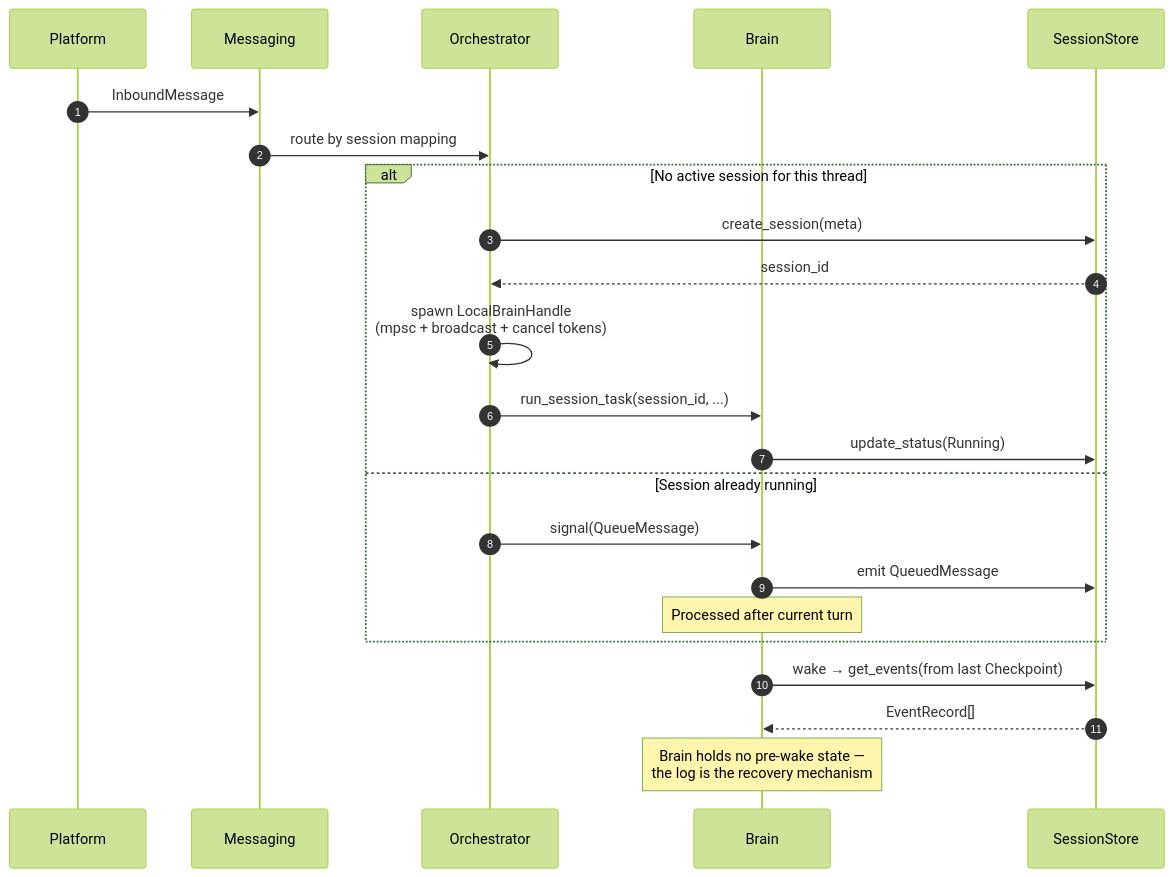
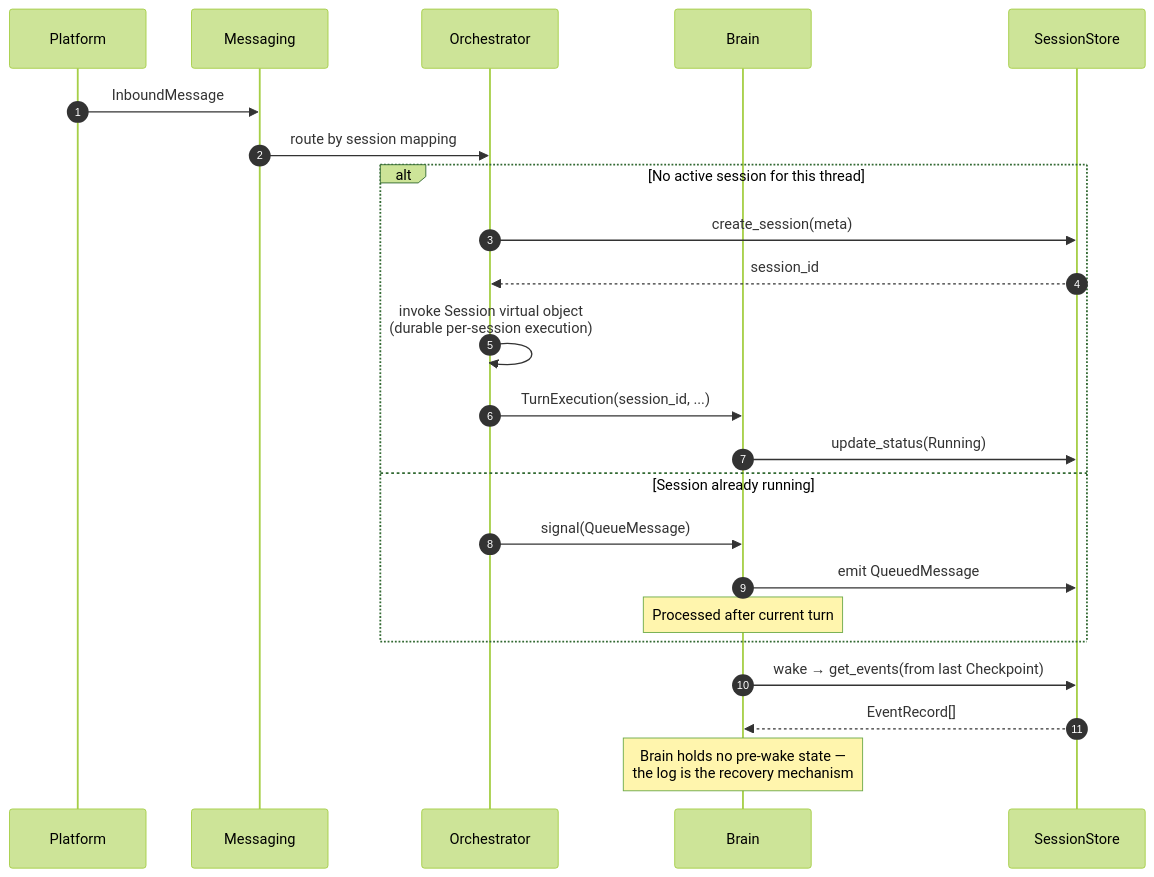
One commit to hwuiwon/moa changed the second of 14 diagrams in sequence-diagrams.md. Above: the diagram before and after it, drawn with Mermaid (forest theme). The commit also changed other lines of this file and 305 other files, not shown here.

````diff
--- a/sequence-diagrams.md
+++ b/sequence-diagrams.md
@@ -105,28 +105,28 @@
 ```mermaid
 sequenceDiagram
     autonumber
     participant Platform
     participant Messaging
     participant Orch as Orchestrator
     participant Brain
     participant Log as SessionStore
 
     Platform->>Messaging: InboundMessage
     Messaging->>Orch: route by session mapping
 
     alt No active session for this thread
         Orch->>Log: create_session(meta)
         Log-->>Orch: session_id
-        Orch->>Orch: spawn LocalBrainHandle<br/>(mpsc + broadcast + cancel tokens)
-        Orch->>Brain: run_session_task(session_id, ...)
+        Orch->>Orch: invoke Session virtual object<br/>(durable per-session execution)
+        Orch->>Brain: TurnExecution(session_id, ...)
         Brain->>Log: update_status(Running)
     else Session already running
         Orch->>Brain: signal(QueueMessage)
         Brain->>Log: emit QueuedMessage
         Note over Brain: Processed after current turn
     end
 
     Brain->>Log: wake → get_events(from last Checkpoint)
     Log-->>Brain: EventRecord[]
     Note over Brain: Brain holds no pre-wake state —<br/>the log is the recovery mechanism
 ```
````
